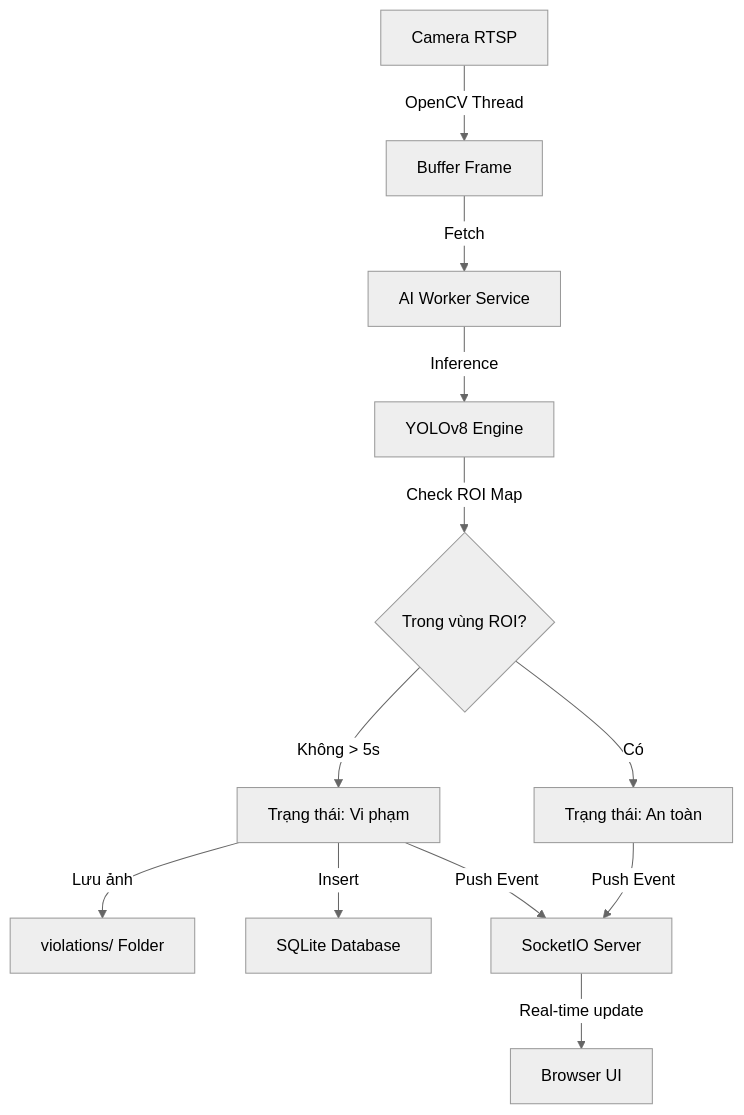
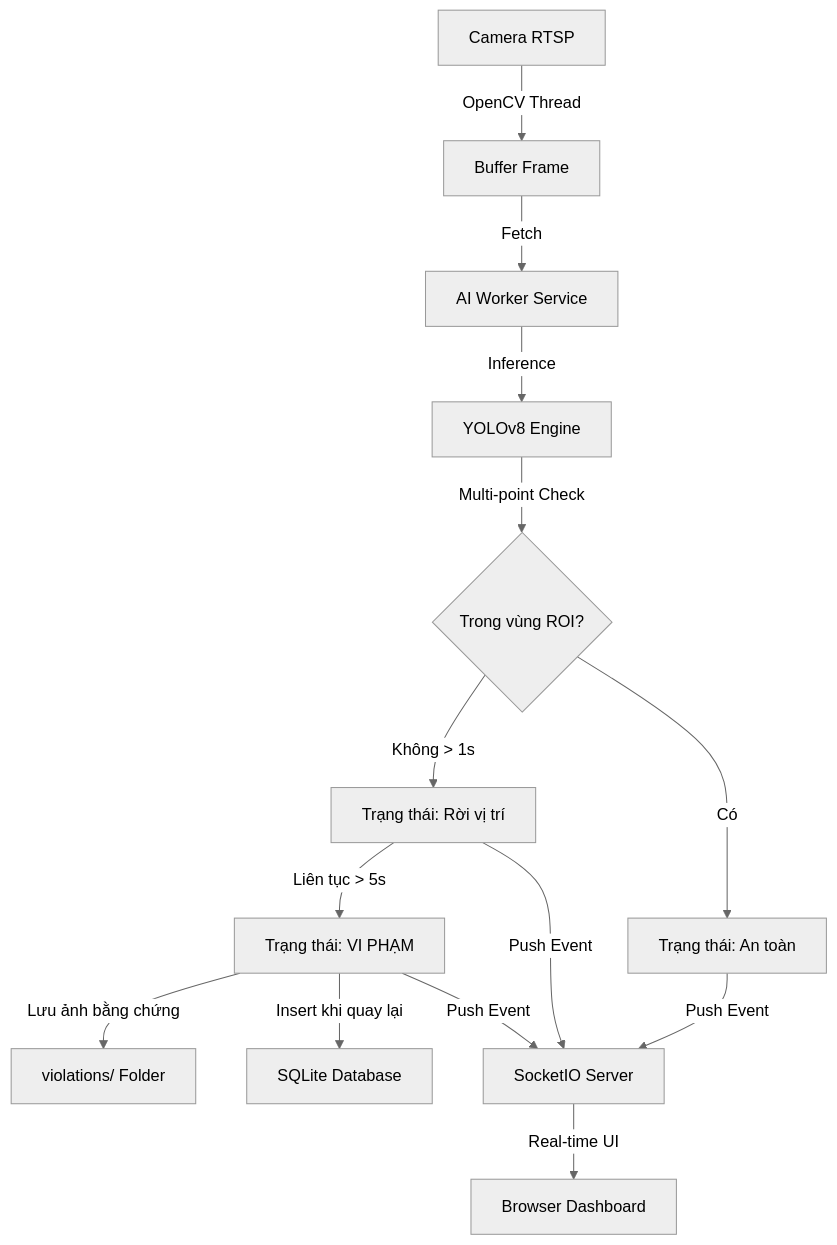
One commit to AnhMinhh12/check_people changed the diagram in docs/ARCHITECTURE.md. Above: the diagram before and after it, drawn with Mermaid (neutral theme). The commit also changed other lines of this file and 11 other files, not shown here.

````diff
--- a/docs/ARCHITECTURE.md
+++ b/docs/ARCHITECTURE.md
@@ -34,13 +36,14 @@
 ```mermaid
 graph TD
     A[Camera RTSP] -->|OpenCV Thread| B[Buffer Frame]
     B -->|Fetch| C[AI Worker Service]
     C -->|Inference| D[YOLOv8 Engine]
-    D -->|Check ROI Map| E{Trong vùng ROI?}
+    D -->|Multi-point Check| E{Trong vùng ROI?}
     E -- Có --> F[Trạng thái: An toàn]
-    E -- Không > 5s --> G[Trạng thái: Vi phạm]
-    G -->|Lưu ảnh| H[violations/ Folder]
-    G -->|Insert| I[SQLite Database]
-    F & G -->|Push Event| J[SocketIO Server]
-    J -->|Real-time update| K[Browser UI]
+    E -- Không > 1s --> G[Trạng thái: Rời vị trí]
+    G -- Liên tục > 5s --> H[Trạng thái: VI PHẠM]
+    H -->|Lưu ảnh bằng chứng| I[violations/ Folder]
+    H -->|Insert khi quay lại| J[SQLite Database]
+    F & G & H -->|Push Event| K[SocketIO Server]
+    K -->|Real-time UI| L[Browser Dashboard]
 ```
````
